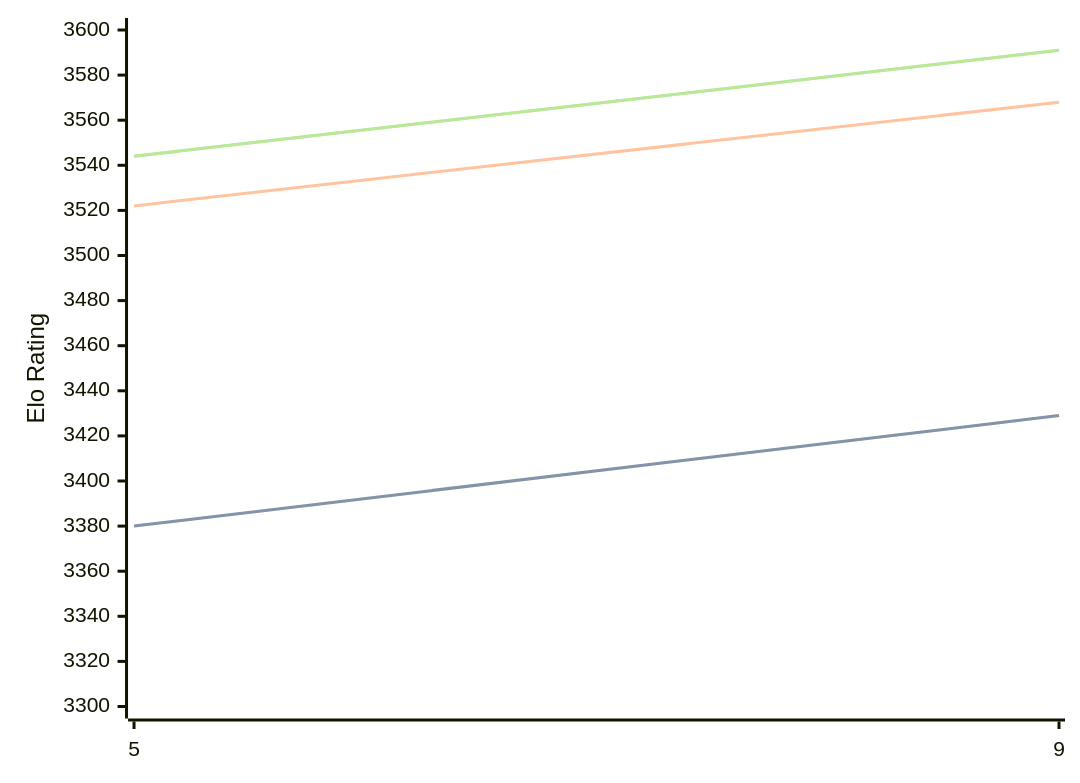
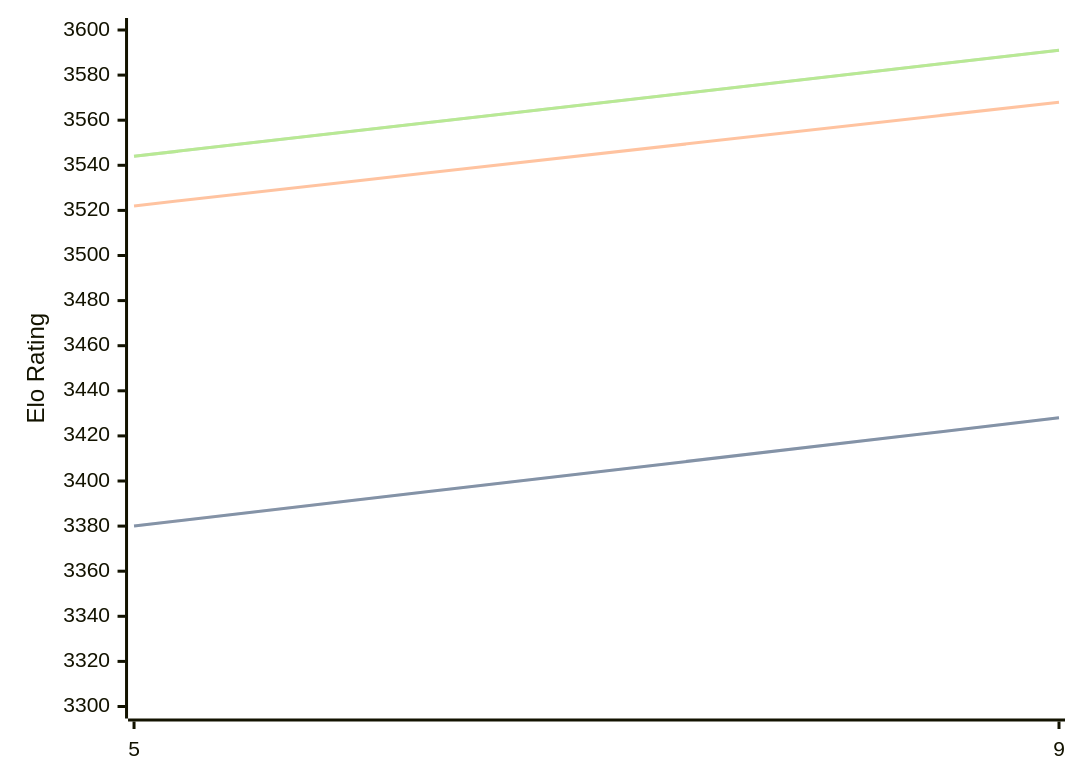
One commit to computer-chess-index/cci changed the diagram in engines/Crystal.md. Above: the diagram before and after it, drawn with Mermaid. The commit also changed other lines of this file, not shown here.

````diff
--- a/engines/Crystal.md
+++ b/engines/Crystal.md
@@ -32,11 +32,11 @@
 ```mermaid
 %%{init: {"theme":"base","themeVariables":{"seriesColors:['#a3a3a3','#222221','#faa371']}}}%%
 xychart-beta
   x-axis ["5", "9"]
   y-axis "Elo Rating" 3300 --> 3600
-  line "" [3380, 3429]
-  line "STC (8.0+0.08s)" [3380, 3429]
+  line "" [3380, 3428]
+  line "STC (8.0+0.08s)" [3380, 3428]
   line "LTC (60.0+0.60s)" [3522, 3568]
   line "" [3544, 3591]
   line "VLTC (2m24s+1.12s)" [3544, 3591]
 ```
````
